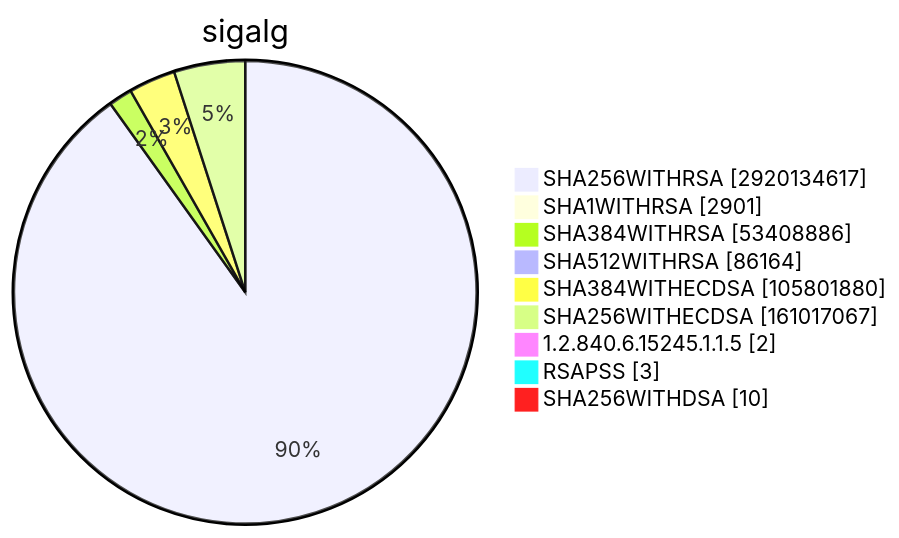
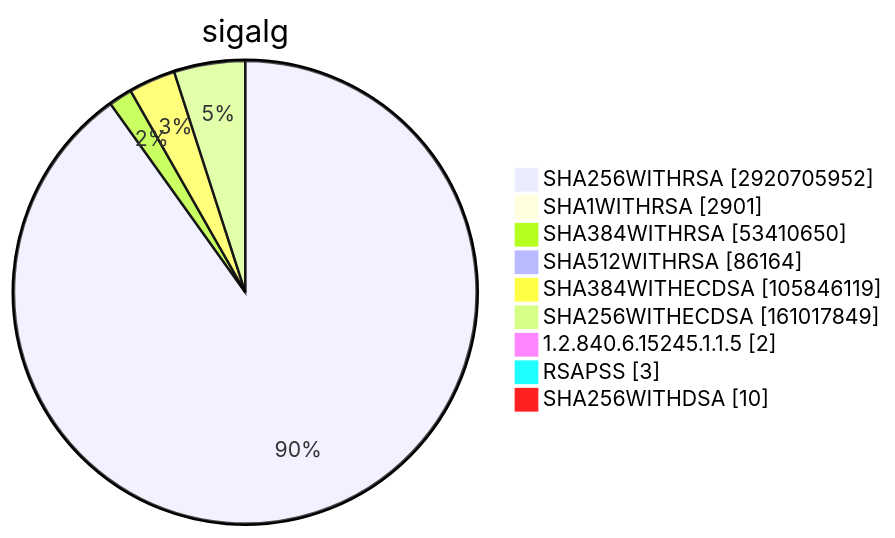
Before and after one commit to christiankrug/ctmonitor_visualization: diagram 15 of 15 in TOTAL/README.md, drawn with Mermaid. The commit also changed other lines of this file, not shown here.

````diff
--- a/TOTAL/README.md
+++ b/TOTAL/README.md
@@ -6207,13 +6207,13 @@
 ```mermaid
 pie showData
 title sigalg
-"SHA256WITHRSA" :2920134617
+"SHA256WITHRSA" :2920705952
 "SHA1WITHRSA" :2901
-"SHA384WITHRSA" :53408886
+"SHA384WITHRSA" :53410650
 "SHA512WITHRSA" :86164
-"SHA384WITHECDSA" :105801880
-"SHA256WITHECDSA" :161017067
+"SHA384WITHECDSA" :105846119
+"SHA256WITHECDSA" :161017849
 "1.2.840.6.15245.1.1.5" :2
 "RSAPSS" :3
 "SHA256WITHDSA" :10
 ```
````
